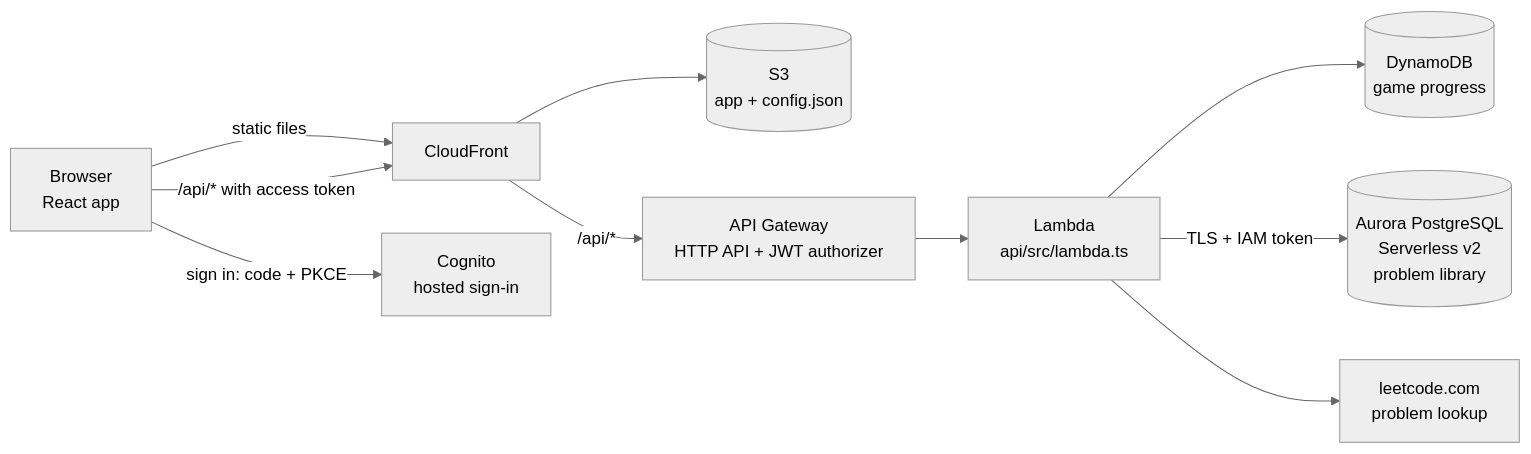
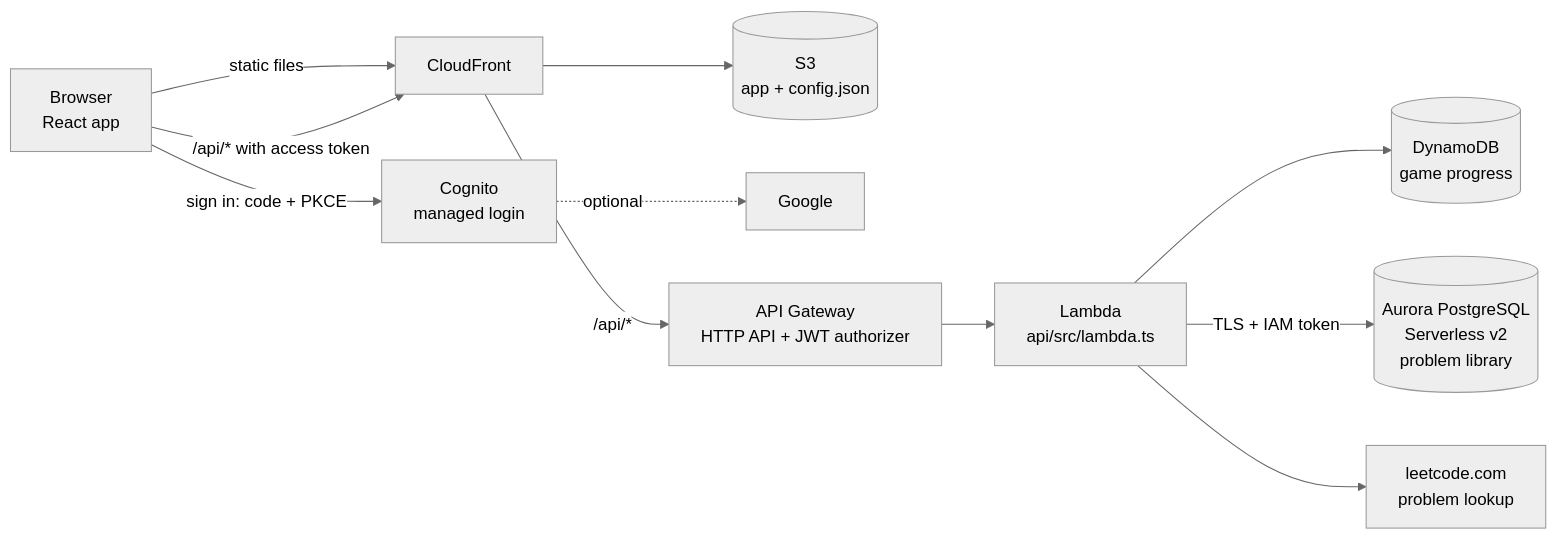
Before and after one commit to czxsc/Leetcode-Pokemon: the diagram in docs/architecture.md, drawn with Mermaid (neutral theme). The commit also changed other lines of this file and 23 other files, not shown here.

First line of the commit message:
feat(auth): add a sign-in screen, styled sign-in pages and Google sign-in

````diff
--- a/docs/architecture.md
+++ b/docs/architecture.md
@@ -14,12 +14,13 @@
 ```mermaid
 flowchart LR
   B[Browser<br/>React app] -->|static files| CF[CloudFront]
   CF --> S3[(S3<br/>app + config.json)]
-  B -->|sign in: code + PKCE| COG[Cognito<br/>hosted sign-in]
+  B -->|sign in: code + PKCE| COG[Cognito<br/>managed login]
+  COG -.->|optional| G[Google]
   B -->|/api/* with access token| CF
   CF -->|/api/*| APIGW[API Gateway<br/>HTTP API + JWT authorizer]
   APIGW --> L[Lambda<br/>api/src/lambda.ts]
   L --> DDB[(DynamoDB<br/>game progress)]
   L -->|TLS + IAM token| PG[(Aurora PostgreSQL<br/>Serverless v2<br/>problem library)]
   L --> LC[leetcode.com<br/>problem lookup]
 ```
````
